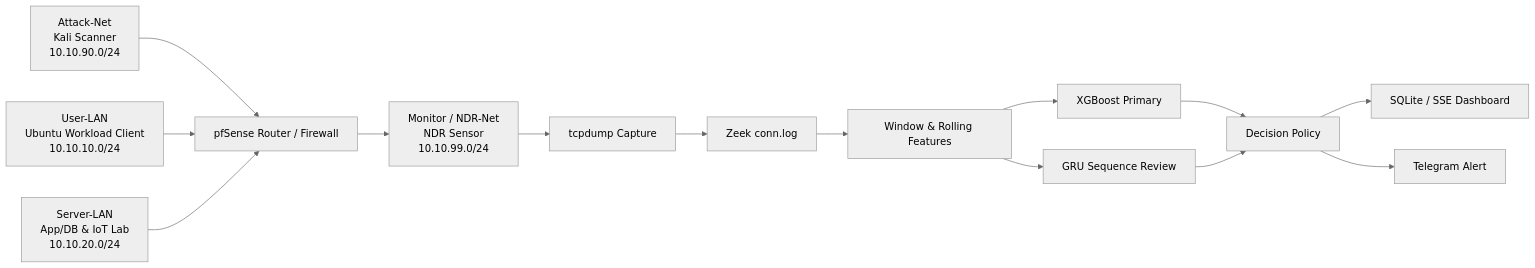
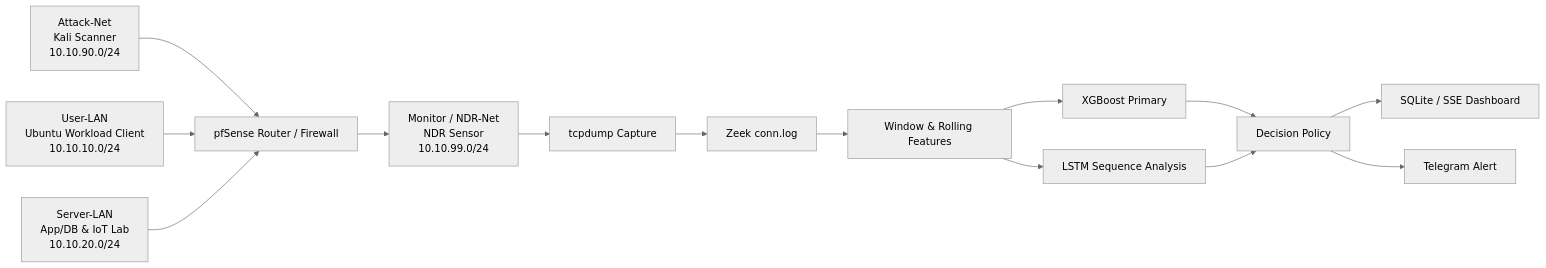
One commit to candy3157/ndr-lab-portfolio changed the diagram in README.md. Above: the diagram before and after it, drawn with Mermaid (neutral theme). The commit also changed other lines of this file, not shown here.

Commit message:
docs: center NDR portfolio on XGBoost and LSTM

````diff
--- a/README.md
+++ b/README.md
@@ -25,17 +25,17 @@
 ```mermaid
 flowchart LR
     A["Attack-Net\nKali Scanner\n10.10.90.0/24"] --> R["pfSense Router / Firewall"]
     U["User-LAN\nUbuntu Workload Client\n10.10.10.0/24"] --> R
     S["Server-LAN\nApp/DB & IoT Lab\n10.10.20.0/24"] --> R
     R --> N["Monitor / NDR-Net\nNDR Sensor\n10.10.99.0/24"]
 
     N --> T[tcpdump Capture]
     T --> Z[Zeek conn.log]
     Z --> F[Window & Rolling Features]
     F --> X[XGBoost Primary]
-    F --> G[GRU Sequence Review]
+    F --> G[LSTM Sequence Analysis]
     X --> P[Decision Policy]
     G --> P
     P --> D[SQLite / SSE Dashboard]
     P --> AL[Telegram Alert]
 ```
````
